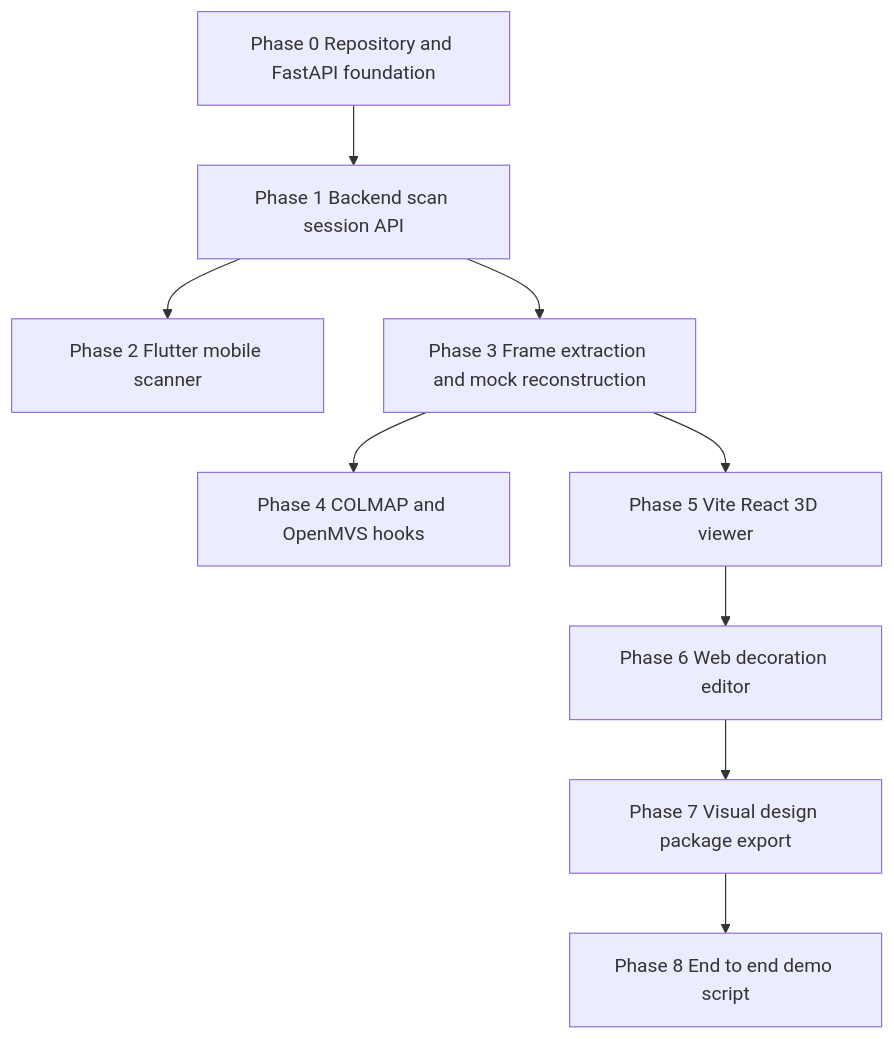
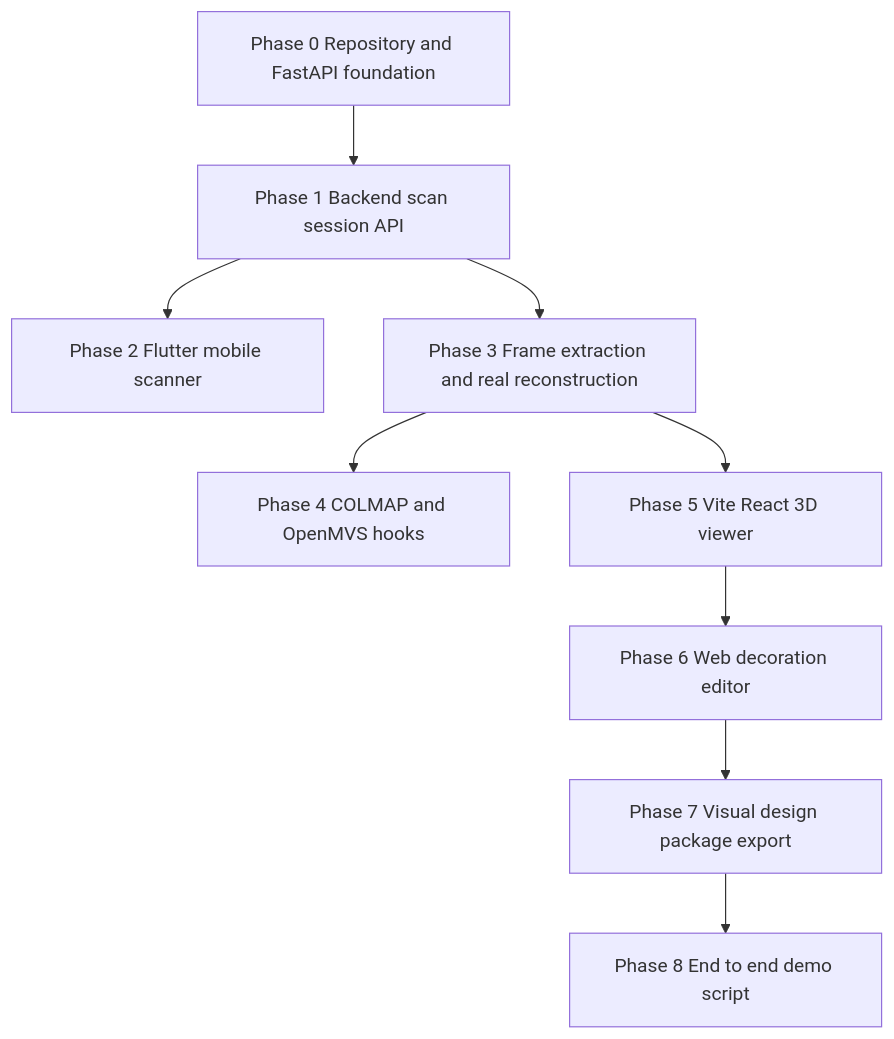
One commit to kiet-ta/ar-ai-exe changed diagram 12 of 12 in docs/implementation-flows.md. Above: the diagram before and after it, drawn with Mermaid. The commit also changed other lines of this file and 170 other files, not shown here.

````diff
--- a/docs/implementation-flows.md
+++ b/docs/implementation-flows.md
@@ -232,11 +233,11 @@
 ```mermaid
 flowchart TD
     P0["Phase 0 Repository and FastAPI foundation"] --> P1["Phase 1 Backend scan session API"]
     P1 --> P2["Phase 2 Flutter mobile scanner"]
-    P1 --> P3["Phase 3 Frame extraction and mock reconstruction"]
+    P1 --> P3["Phase 3 Frame extraction and real reconstruction"]
     P3 --> P4["Phase 4 COLMAP and OpenMVS hooks"]
     P3 --> P5["Phase 5 Vite React 3D viewer"]
     P5 --> P6["Phase 6 Web decoration editor"]
     P6 --> P7["Phase 7 Visual design package export"]
     P7 --> P8["Phase 8 End to end demo script"]
 ```
````
